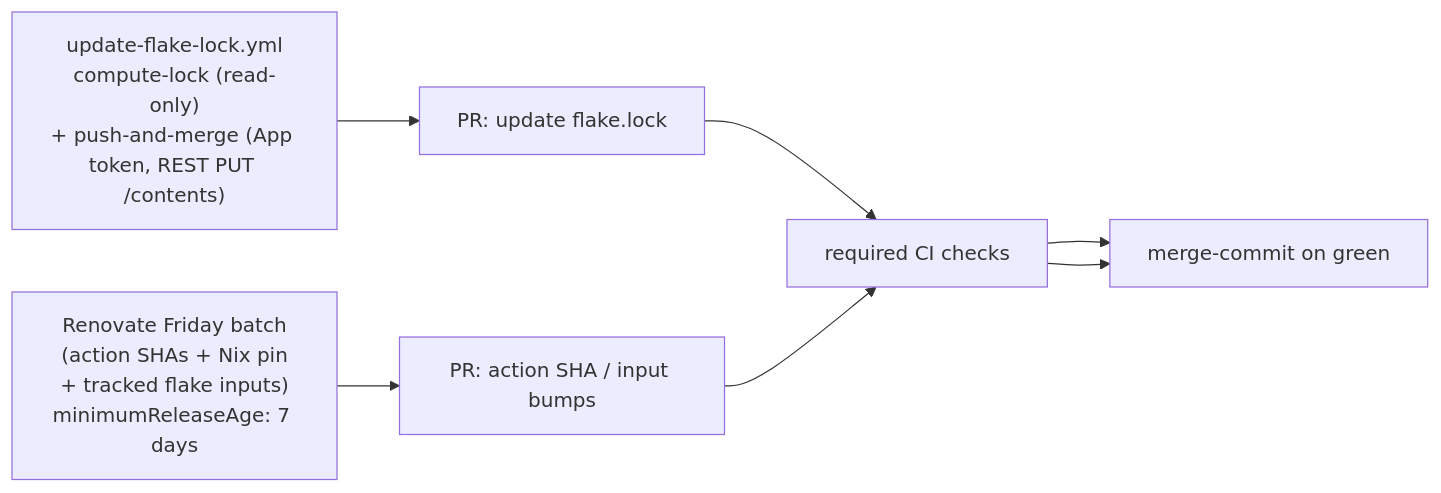
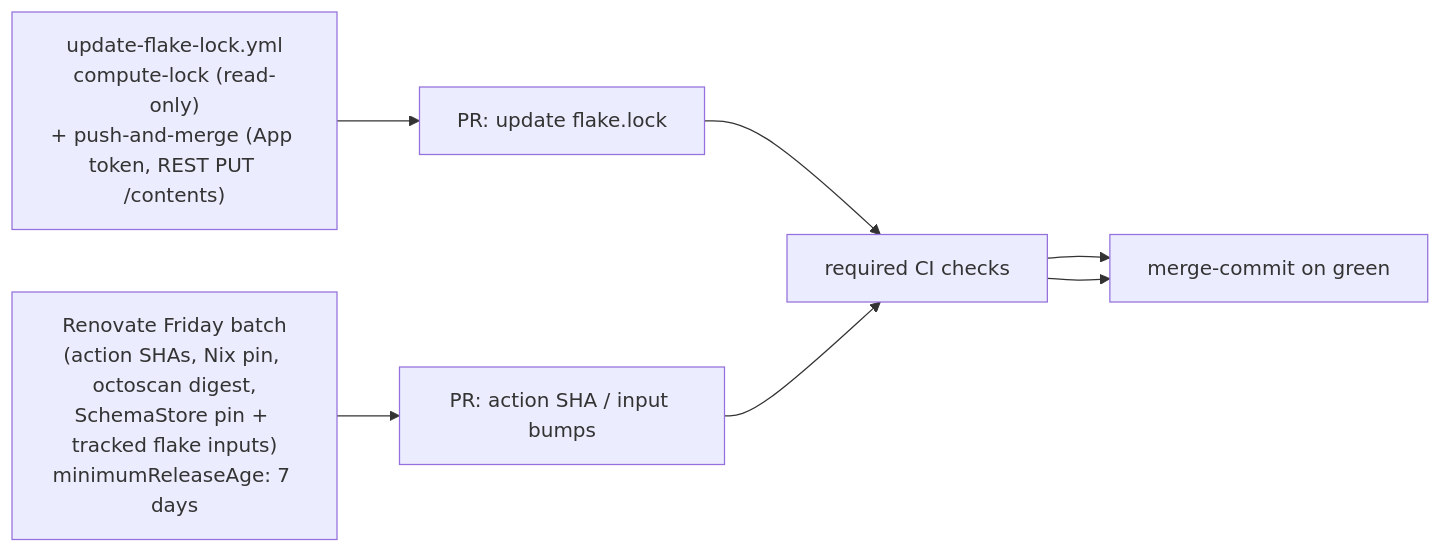
One commit to rvenutolo/linPEAS-flake changed the third of 3 diagrams in docs/architecture/auto-update.md. Above: the diagram before and after it, drawn with Mermaid. The commit also changed other lines of this file and 22 other files, not shown here.

````diff
--- a/docs/architecture/auto-update.md
+++ b/docs/architecture/auto-update.md
@@ -60,12 +60,12 @@
 ```mermaid
 flowchart LR
   flakelock["update-flake-lock.yml<br/>compute-lock (read-only)<br/>+ push-and-merge (App token, REST PUT /contents)"]
-  renovate["Renovate Friday batch<br/>(action SHAs + Nix pin<br/>+ tracked flake inputs)<br/>minimumReleaseAge: 7 days"]
+  renovate["Renovate Friday batch<br/>(action SHAs, Nix pin, octoscan digest,<br/>SchemaStore pin + tracked flake inputs)<br/>minimumReleaseAge: 7 days"]
   pr1["PR: update flake.lock"]
   pr2["PR: action SHA / input bumps"]
   ci["required CI checks"]
   merge["merge-commit on green"]
 
   flakelock --> pr1 --> ci --> merge
   renovate --> pr2 --> ci --> merge
 ```
````
